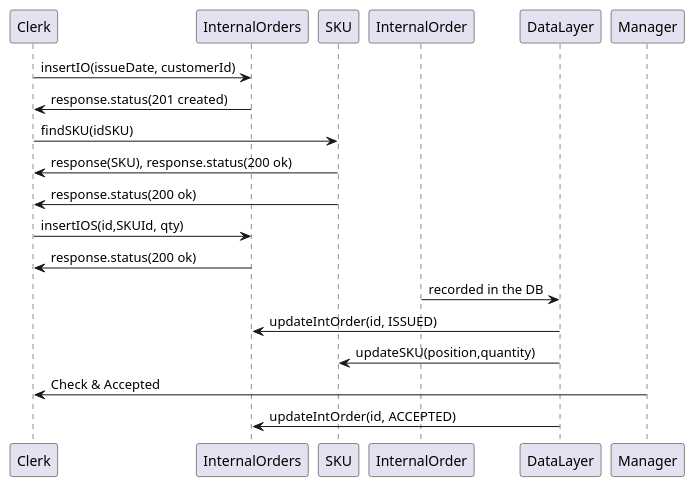
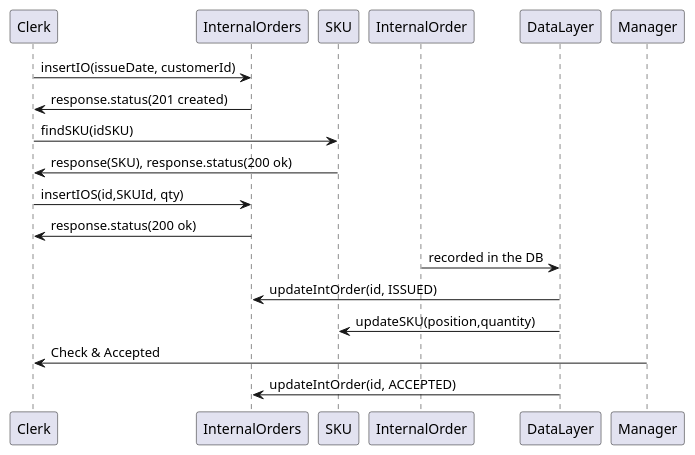
The fifth of 5 diagrams in DesignDocument.md (robsanity/JavascriptBackEndProjectAndTesting), drawn with PlantUML before and after one commit.

````diff
--- a/DesignDocument.md
+++ b/DesignDocument.md
@@ -281,17 +281,16 @@
 ```plantuml
 
 Clerk -> InternalOrders: insertIO(issueDate, customerId)
 InternalOrders -> Clerk: response.status(201 created)
 Clerk -> SKU: findSKU(idSKU)
 SKU -> Clerk: response(SKU), response.status(200 ok)
-SKU -> Clerk: response.status(200 ok)
 Clerk -> InternalOrders: insertIOS(id,SKUId, qty)
 InternalOrders ->Clerk: response.status(200 ok)
 InternalOrder -> DataLayer: recorded in the DB
 DataLayer -> InternalOrders: updateIntOrder(id, ISSUED)
 DataLayer -> SKU: updateSKU(position,quantity)
 Manager -> Clerk: Check & Accepted
 DataLayer -> InternalOrders: updateIntOrder(id, ACCEPTED)
 
 
 ```
````
